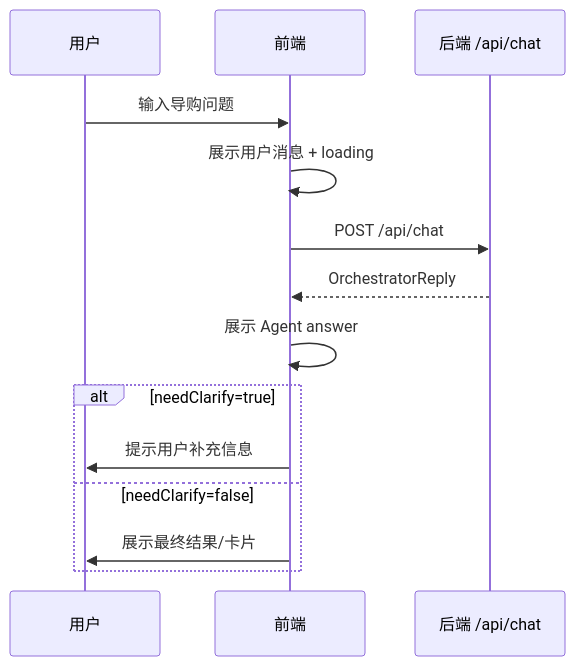
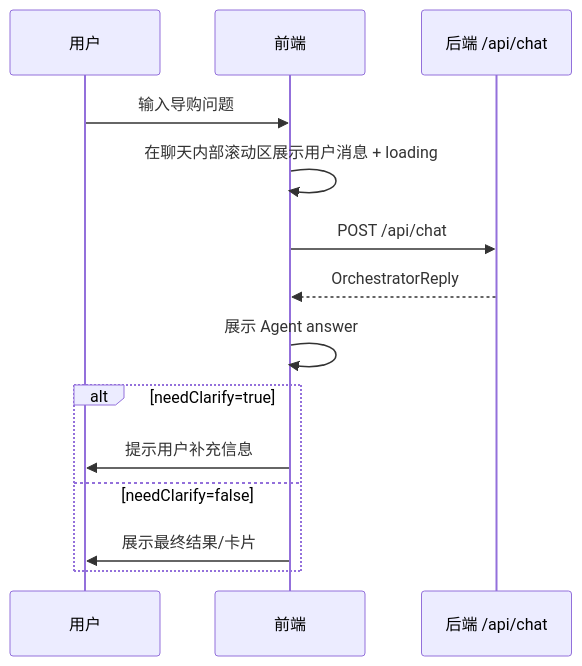
One commit to liyunyi-gif/Xiaomi-Shopping-Agent changed the diagram in doc/前端UIUX需求文档.md. Above: the diagram before and after it, drawn with Mermaid. The commit also changed other lines of this file and 2 other files, not shown here.

````diff
--- a/doc/前端UIUX需求文档.md
+++ b/doc/前端UIUX需求文档.md
@@ -159,17 +228,17 @@
 ```mermaid
 sequenceDiagram
     participant U as 用户
     participant F as 前端
     participant B as 后端 /api/chat
 
     U->>F: 输入导购问题
-    F->>F: 展示用户消息 + loading
+    F->>F: 在聊天内部滚动区展示用户消息 + loading
     F->>B: POST /api/chat
     B-->>F: OrchestratorReply
     F->>F: 展示 Agent answer
     alt needClarify=true
         F->>U: 提示用户补充信息
     else needClarify=false
         F->>U: 展示最终结果/卡片
     end
 ```
````
